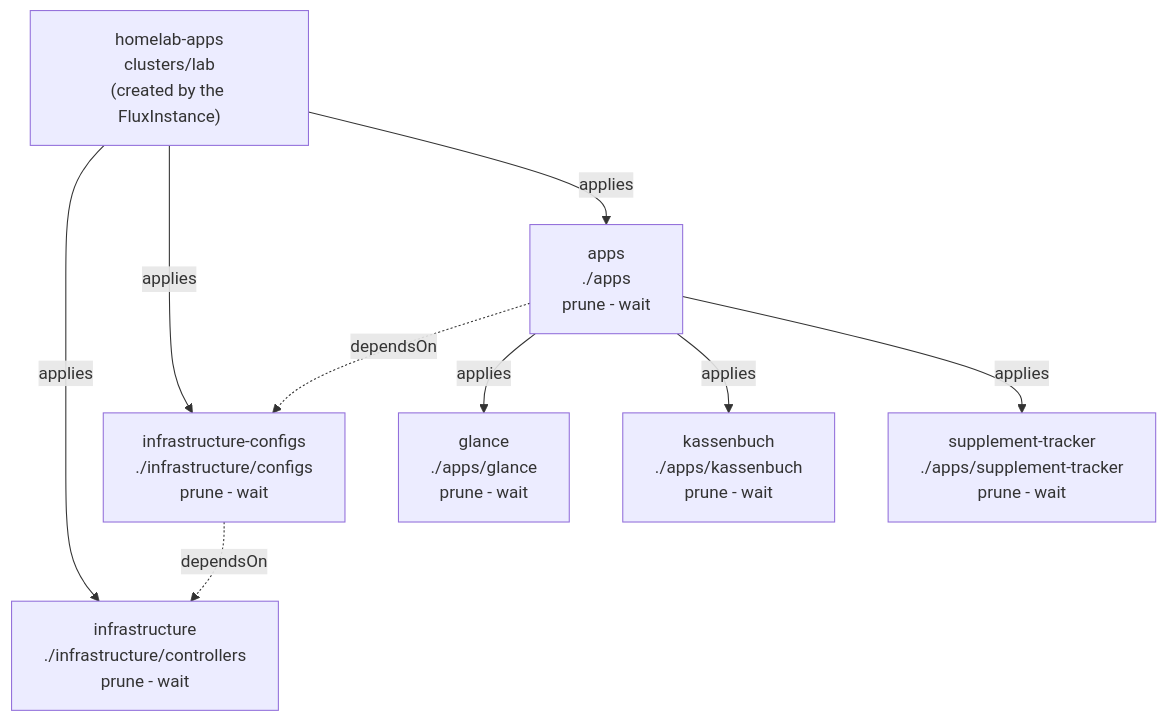
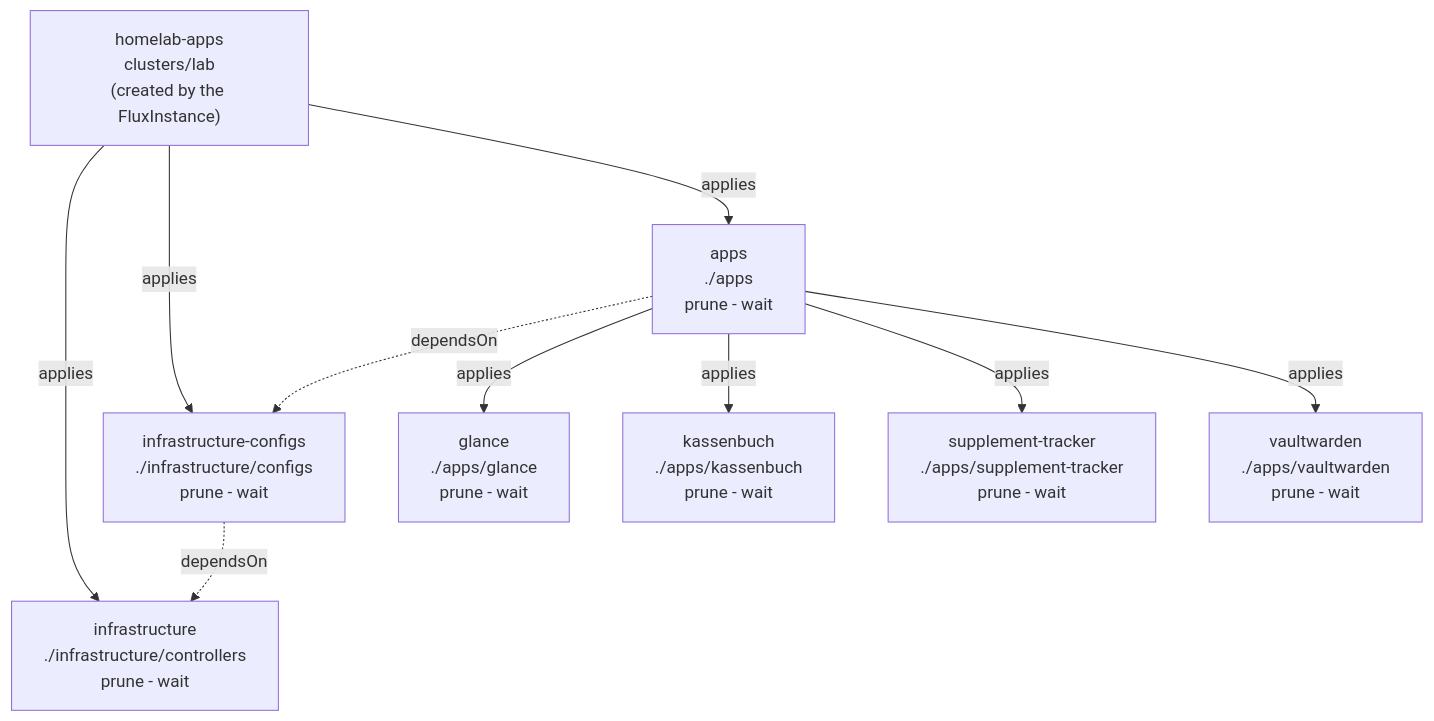
Before and after one commit to Sojamann/homelab-apps: the diagram in README.md, drawn with Mermaid. The commit also changed other lines of this file and 10 other files, not shown here.

````diff
--- a/README.md
+++ b/README.md
@@ -17,15 +17,16 @@
 ```mermaid
 graph TD
   ROOT["homelab-apps<br/>clusters/lab<br/>(created by the FluxInstance)"]
 
   ROOT -->|applies| INFRA["infrastructure<br/>./infrastructure/controllers<br/>prune - wait"]
   ROOT -->|applies| CFG["infrastructure-configs<br/>./infrastructure/configs<br/>prune - wait"]
   ROOT -->|applies| APPS["apps<br/>./apps<br/>prune - wait"]
 
   CFG -.->|dependsOn| INFRA
   APPS -.->|dependsOn| CFG
 
   APPS -->|applies| GL["glance<br/>./apps/glance<br/>prune - wait"]
   APPS -->|applies| KB["kassenbuch<br/>./apps/kassenbuch<br/>prune - wait"]
   APPS -->|applies| ST["supplement-tracker<br/>./apps/supplement-tracker<br/>prune - wait"]
+  APPS -->|applies| VW["vaultwarden<br/>./apps/vaultwarden<br/>prune - wait"]
 ```
````
